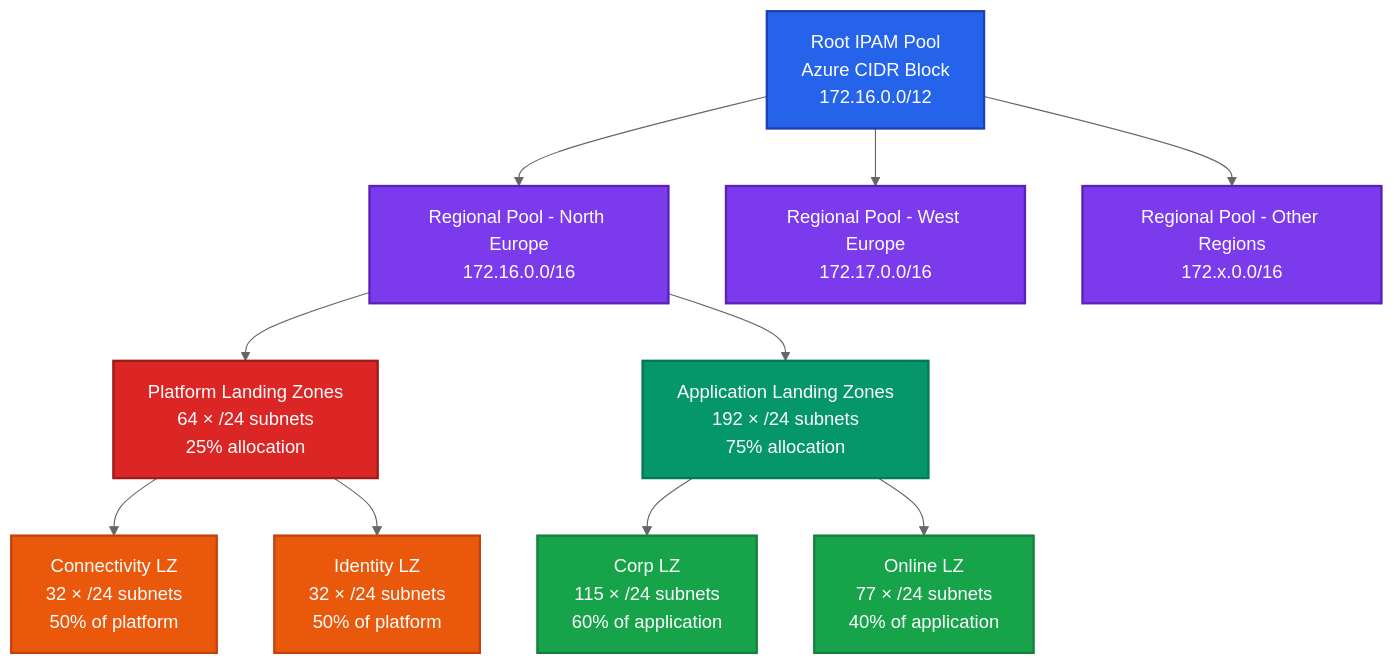
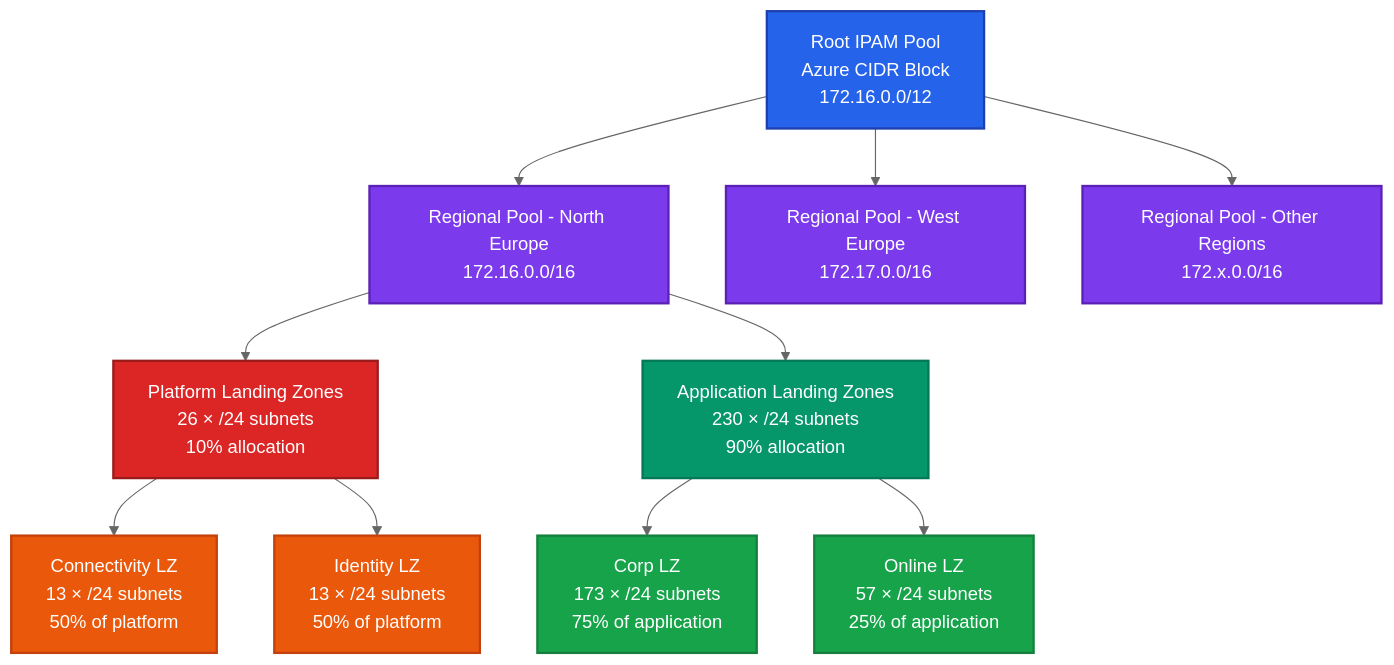
The diagram in README.md (tanure/Azure-AVNM-IPAM), drawn with Mermaid (neutral theme) before and after one commit.

Commit message:
Update subnet allocation percentages in architecture diagram for accuracy

````diff
--- a/README.md
+++ b/README.md
@@ -27,26 +27,26 @@
 ```mermaid
 graph TD
     A[Root IPAM Pool<br/>Azure CIDR Block<br/>172.16.0.0/12] --> B[Regional Pool - North Europe<br/>172.16.0.0/16]
     A --> C[Regional Pool - West Europe<br/>172.17.0.0/16]
     A --> D[Regional Pool - Other Regions<br/>172.x.0.0/16]
     
-    B --> E[Platform Landing Zones<br/>64 × /24 subnets<br/>25% allocation]
-    B --> F[Application Landing Zones<br/>192 × /24 subnets<br/>75% allocation]
+    B --> E[Platform Landing Zones<br/>26 × /24 subnets<br/>10% allocation]
+    B --> F[Application Landing Zones<br/>230 × /24 subnets<br/>90% allocation]
     
-    E --> G[Connectivity LZ<br/>32 × /24 subnets<br/>50% of platform]
-    E --> H[Identity LZ<br/>32 × /24 subnets<br/>50% of platform]
+    E --> G[Connectivity LZ<br/>13 × /24 subnets<br/>50% of platform]
+    E --> H[Identity LZ<br/>13 × /24 subnets<br/>50% of platform]
     
-    F --> I[Corp LZ<br/>115 × /24 subnets<br/>60% of application]
-    F --> J[Online LZ<br/>77 × /24 subnets<br/>40% of application]
+    F --> I[Corp LZ<br/>173 × /24 subnets<br/>75% of application]
+    F --> J[Online LZ<br/>57 × /24 subnets<br/>25% of application]
     
     style A fill:#2563eb,stroke:#1e40af,stroke-width:2px,color:#ffffff
     style B fill:#7c3aed,stroke:#5b21b6,stroke-width:2px,color:#ffffff
     style C fill:#7c3aed,stroke:#5b21b6,stroke-width:2px,color:#ffffff
     style D fill:#7c3aed,stroke:#5b21b6,stroke-width:2px,color:#ffffff
     style E fill:#dc2626,stroke:#991b1b,stroke-width:2px,color:#ffffff
     style F fill:#059669,stroke:#047857,stroke-width:2px,color:#ffffff
     style G fill:#ea580c,stroke:#c2410c,stroke-width:2px,color:#ffffff
     style H fill:#ea580c,stroke:#c2410c,stroke-width:2px,color:#ffffff
     style I fill:#16a34a,stroke:#15803d,stroke-width:2px,color:#ffffff
     style J fill:#16a34a,stroke:#15803d,stroke-width:2px,color:#ffffff
 ```
````
